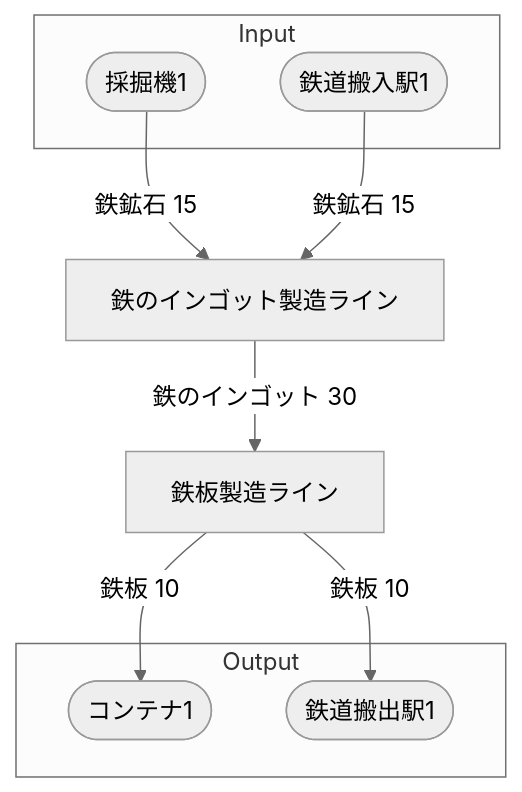
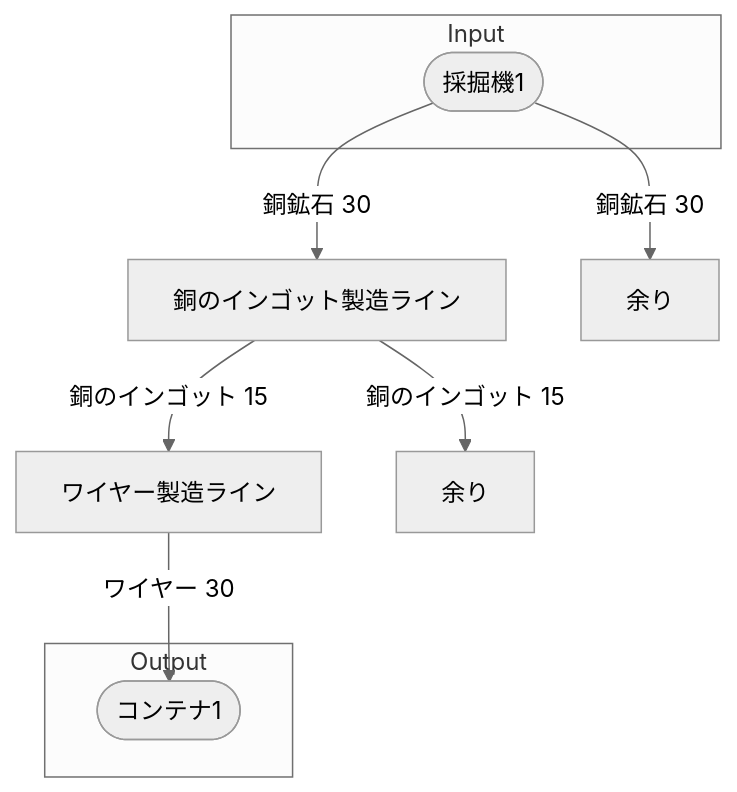
The diagram in 40_FactoryBuilding/初期一時ワイヤー工場/30‗全体製造ライン設計書/全体製造ライン設計書.md (Suzuran-Amano/SatisfactoryTaskEfficiency), drawn with Mermaid (neutral theme) before and after one commit.

Commit message:
初期一時ワイヤー工場のコミット漏れ修正

````diff
--- a/40_FactoryBuilding/初期一時ワイヤー工場/30‗全体製造ライン設計書/全体製造ライン設計書.md
+++ b/40_FactoryBuilding/初期一時ワイヤー工場/30‗全体製造ライン設計書/全体製造ライン設計書.md
@@ -24,25 +24,25 @@
 ```mermaid
 flowchart TD
 
 subgraph Input
     採掘機1([採掘機1])
-    鉄道搬入駅1([鉄道搬入駅1])
 end
 
-鉄のインゴット製造ライン[鉄のインゴット製造ライン]
-鉄板製造ライン[鉄板製造ライン]
+銅のインゴット製造ライン[銅のインゴット製造ライン]
+ワイヤー製造ライン[ワイヤー製造ライン]
+余り1[余り]
+余り2[余り]
 
 subgraph Output
     コンテナ1([コンテナ1])
-    鉄道搬出駅1([鉄道搬出駅1])
 end
 
 
-採掘機1-->|鉄鉱石 15|鉄のインゴット製造ライン
-鉄道搬入駅1-->|鉄鉱石 15|鉄のインゴット製造ライン
-鉄のインゴット製造ライン-->|鉄のインゴット 30|鉄板製造ライン
-鉄板製造ライン-->|鉄板 10|コンテナ1
-鉄板製造ライン-->|鉄板 10|鉄道搬出駅1
+採掘機1-->|銅鉱石 30|銅のインゴット製造ライン
+採掘機1-->|銅鉱石 30|余り1
+銅のインゴット製造ライン-->|銅のインゴット 15|ワイヤー製造ライン
+銅のインゴット製造ライン-->|銅のインゴット 15|余り2
+ワイヤー製造ライン-->|ワイヤー 30|コンテナ1
 
 
 ```
````
